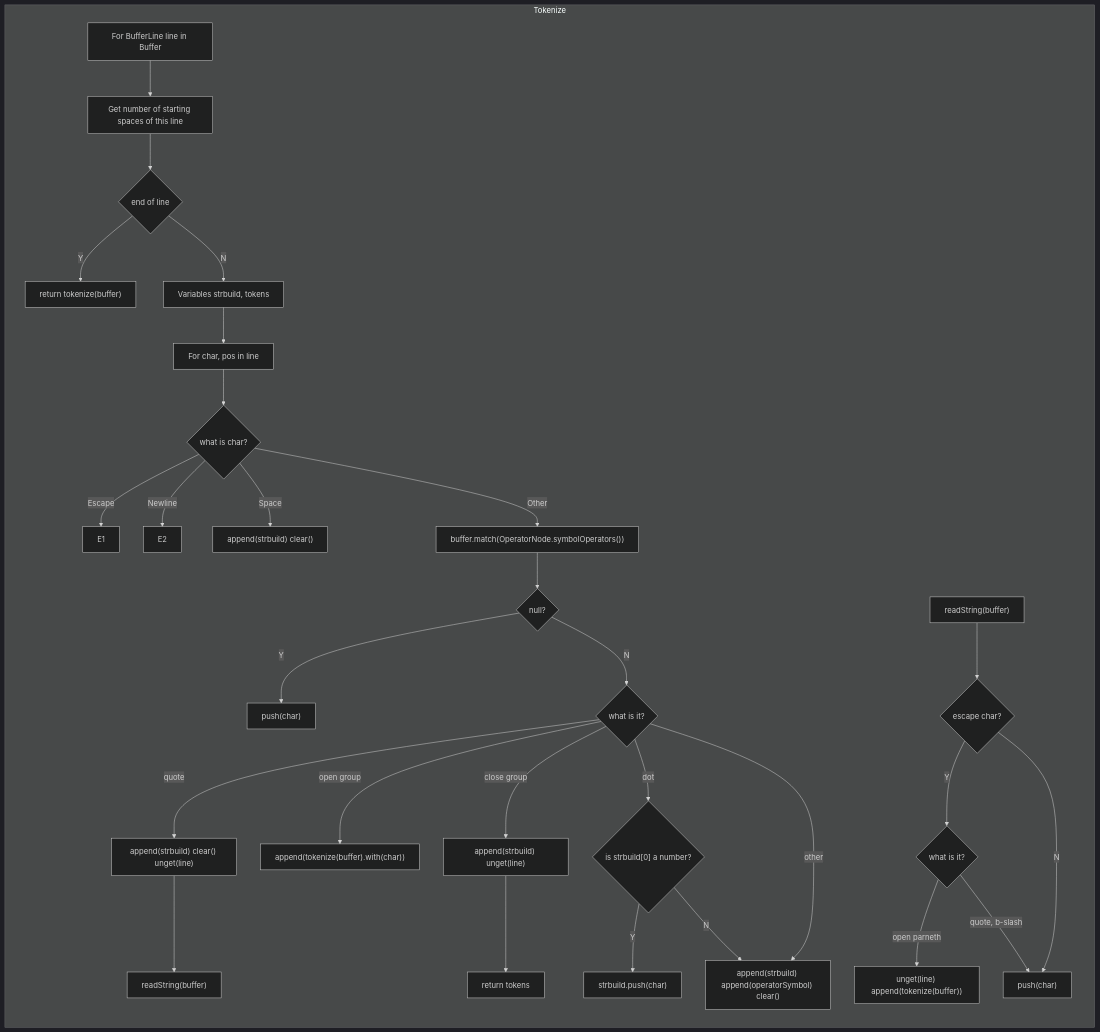
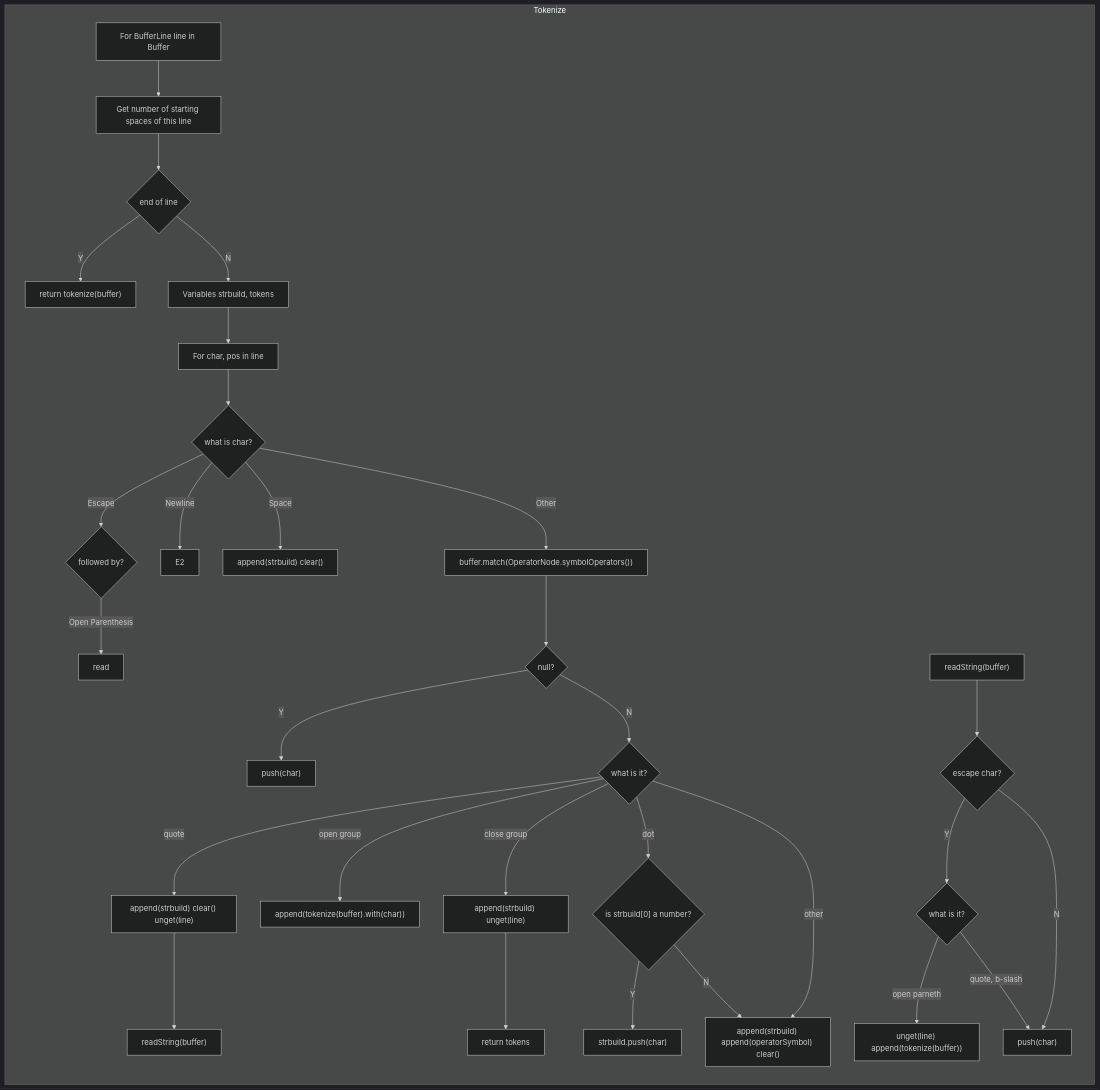
Before and after one commit to Jzhyang1/Monomer: the eighth of 8 diagrams in Implementation.md, drawn with Mermaid (dark theme). The commit also changed other lines of this file, not shown here.

Commit message:
Implementation.md updated from https://stackedit.io/

````diff
--- a/Implementation.md
+++ b/Implementation.md
@@ -259,34 +259,35 @@
 ```mermaid
 graph LR
 subgraph sg1["Tokenize"]
 	A[For BufferLine line in Buffer] --> B[Get number of starting spaces of this line]
 	--> C1{end of line}
 	C1 -- Y --> C2["return tokenize(buffer)"]
 	C1 -- N --> C[Variables strbuild, tokens]
 	 --> D[For char, pos in line] 
 	 --> E{what is char?}
-	E -- Escape --> E1
+	E -- Escape --> E1{followed by?}
+	--"Open Parenthesis"--> E11[read]
 	E -- Newline --> E2
 	E -- Space --> E3["append(strbuild) clear()"]
 	E -- Other --> F["buffer.match(OperatorNode.symbolOperators())"]
 	F --> G{null?}
 	G -- Y --> H["push(char)"]
 	G -- N --> Z{what is it?}
 	Z -- quote --> J["append(strbuild) clear() unget(line)"]
 	J --> P["readString(buffer)"] 
 	Z -- "open group"
 	 --> AC["append(tokenize(buffer).with(char))"]
 	Z -- "close group" --> BA["append(strbuild) unget(line)"]
 	--> BB[return tokens]
 	Z -- dot --> K{"is strbuild[0] a number?"}
 	K -- Y --> L["strbuild.push(char)"]
 	K -- N --> I
 	Z -- other --> I["append(strbuild) append(operatorSymbol) clear()"]
 
 AP["readString(buffer)"] --> Q{escape char?}
 	Q -- Y --> R{what is it?}
 	R -- "open parneth" --> T["unget(line) append(tokenize(buffer))"]
 	R -- "quote, b-slash" --> S
 	Q -- N --> S["push(char)"]
 end
 ```
````
